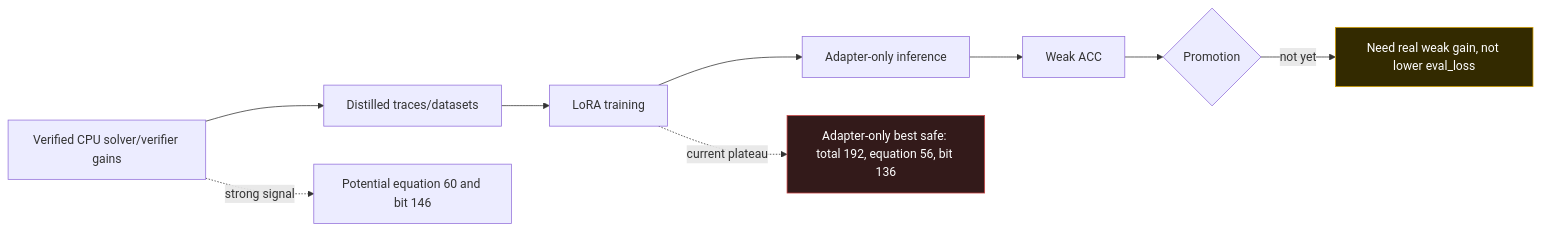
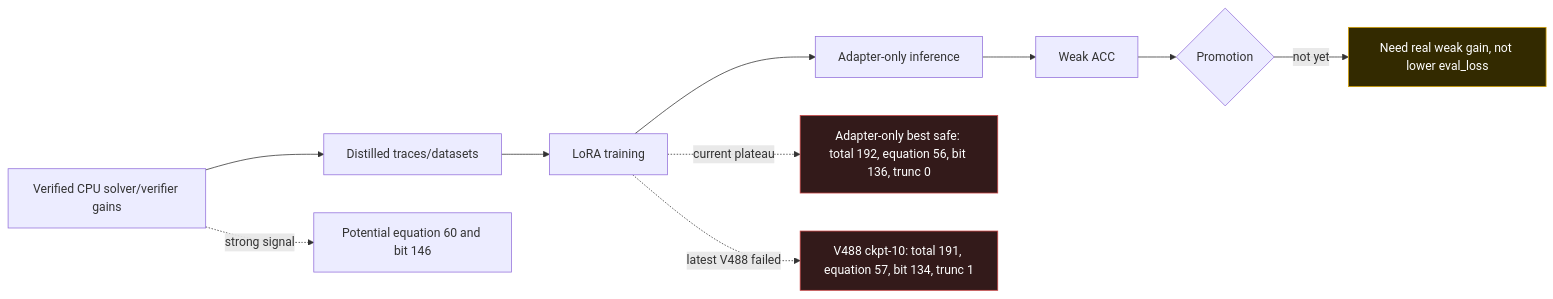
Before and after one commit to FELIPEACASTRO/KG1-NVIDIA: the fourth of 4 diagrams in artifacts/roadmaps/KG1_SOLUTION_ARCHITECTURE_MERMAID_2026_05_16.md, drawn with Mermaid. The commit also changed other lines of this file, not shown here.

Commit message:
Update KG1 architecture diagrams with V488 result

````diff
--- a/artifacts/roadmaps/KG1_SOLUTION_ARCHITECTURE_MERMAID_2026_05_16.md
+++ b/artifacts/roadmaps/KG1_SOLUTION_ARCHITECTURE_MERMAID_2026_05_16.md
@@ -160,15 +164,17 @@
 ```mermaid
 flowchart LR
   A[Verified CPU solver/verifier gains] --> B[Distilled traces/datasets]
   B --> C[LoRA training]
   C --> D[Adapter-only inference]
   D --> E[Weak ACC]
 
   A -. strong signal .-> A1[Potential equation 60 and bit 146]
-  C -. current plateau .-> C1[Adapter-only best safe: total 192, equation 56, bit 136]
+  C -. current plateau .-> C1[Adapter-only best safe: total 192, equation 56, bit 136, trunc 0]
+  C -. latest V488 failed .-> C2[V488 ckpt-10: total 191, equation 57, bit 134, trunc 1]
   E --> P{Promotion}
   P -->|not yet| N[Need real weak gain, not lower eval_loss]
 
   style C1 fill:#331a1a,stroke:#cc4444,color:#ffffff
+  style C2 fill:#331a1a,stroke:#cc4444,color:#ffffff
   style N fill:#332a00,stroke:#d6a100,color:#ffffff
 ```
````
